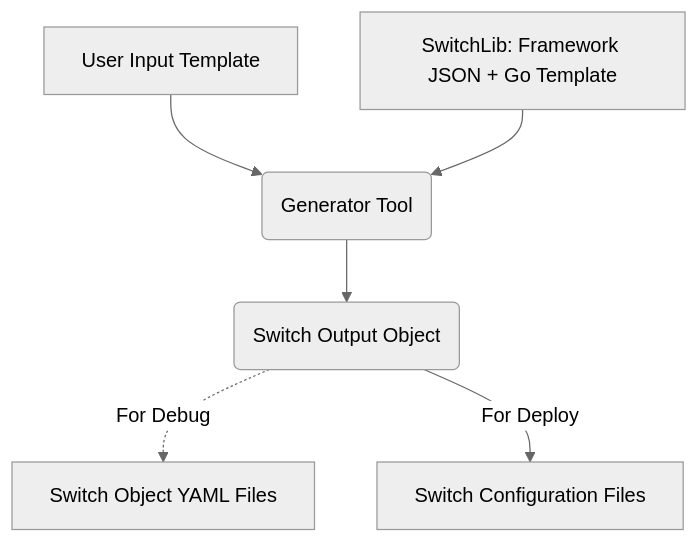
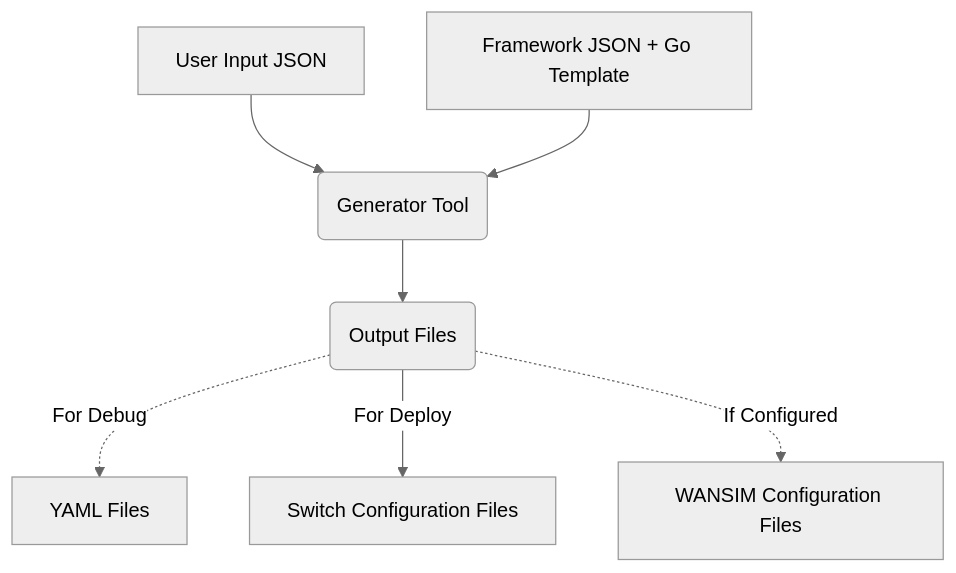
The diagram in README.md (microsoft/AzureStack_Network_Switch_Config_Generator), drawn with Mermaid (neutral theme) before and after one commit. The commit also changed other lines of this file, not shown here.

````diff
--- a/README.md
+++ b/README.md
@@ -16,14 +16,16 @@
 ```mermaid
 flowchart TD
-    A[SwitchLib: Framework JSON + Go Template]
-    B[User Input Template]
+    A[Framework JSON + Go Template]
+    B[User Input JSON]
     C(Generator Tool)
-    D(Switch Output Object)
-    E[Switch Object YAML Files]
+    D(Output Files)
+    E[YAML Files]
     F[Switch Configuration Files]
+    G[WANSIM Configuration Files]
     B --> C
     A --> C
     C --> D
     D -.-> |For Debug| E
     D --> |For Deploy| F
+    D -.-> |If Configured| G
 ```
````
